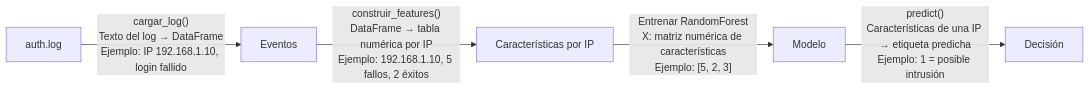
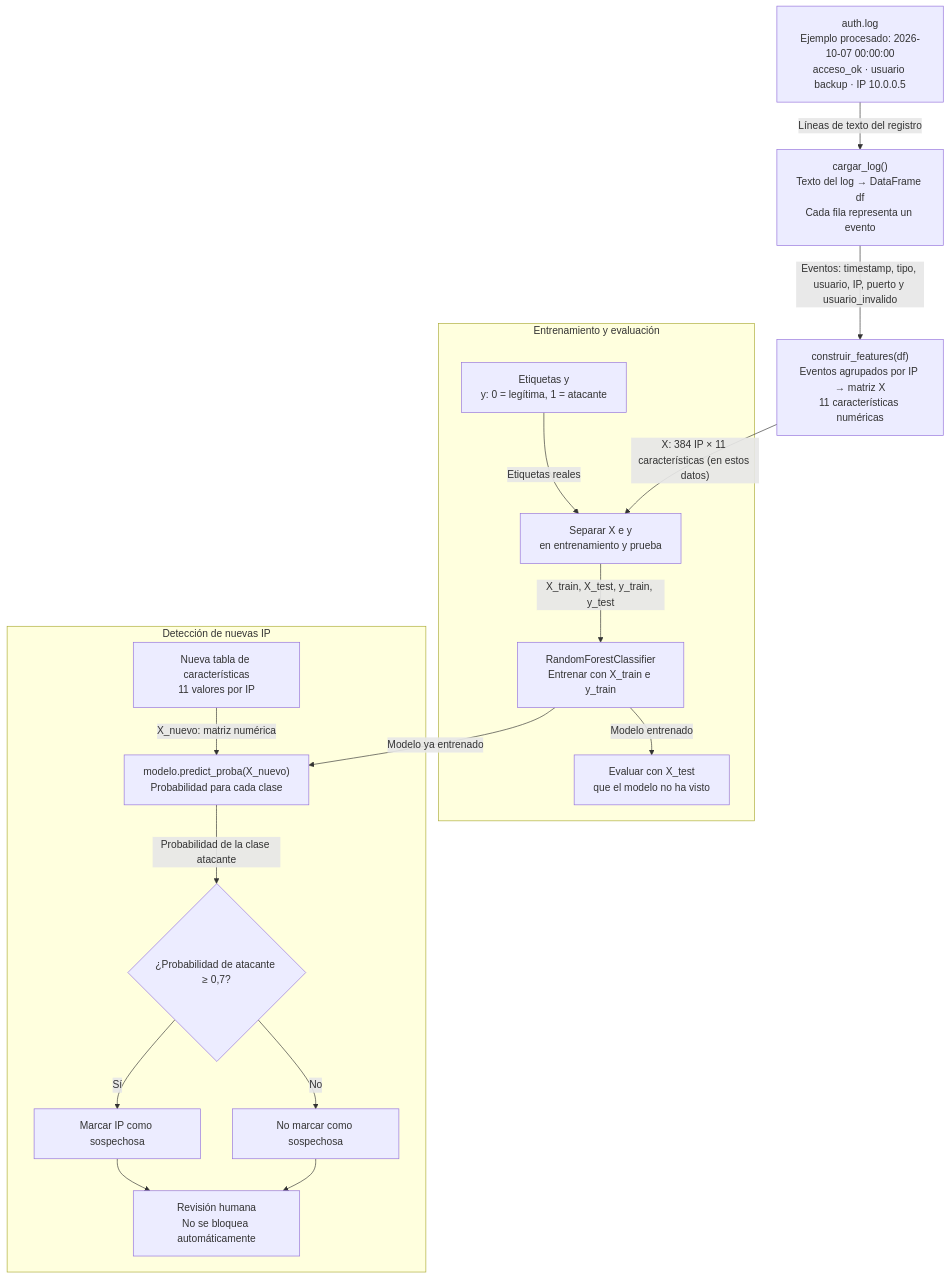
One commit to DannSchwab/ProyectosPython changed the diagram in Proyecto2/docs/diagrama_flujo.md. Above: the diagram before and after it, drawn with Mermaid. The commit also changed other lines of this file, not shown here.

Commit message:
Actualizar diagrama de flujo del sistema

````diff
--- a/Proyecto2/docs/diagrama_flujo.md
+++ b/Proyecto2/docs/diagrama_flujo.md
@@ -10,10 +7,35 @@
 ```mermaid
-flowchart LR
-    A["auth.log"] -->|"cargar_log()<br/>Texto del log → DataFrame<br/>Ejemplo: IP 192.168.1.10, login fallido"| B["Eventos"]
+flowchart TD
+    A["auth.log<br/>Ejemplo procesado: 2026-10-07 00:00:00<br/>acceso_ok · usuario backup · IP 10.0.0.5"]
+    B["cargar_log()<br/>Texto del log → DataFrame df<br/>Cada fila representa un evento"]
+    C["construir_features(df)<br/>Eventos agrupados por IP → matriz X<br/>11 características numéricas"]
+    A -->|"Líneas de texto del registro"| B
+    B -->|"Eventos: timestamp, tipo, usuario, IP, puerto y usuario_invalido"| C
 
-    B -->|"construir_features()<br/>DataFrame → tabla numérica por IP<br/>Ejemplo: 192.168.1.10, 5 fallos, 2 éxitos"| C["Características por IP"]
+    subgraph ENTRENAMIENTO["Entrenamiento y evaluación"]
+      D["Etiquetas y<br/>y: 0 = legítima, 1 = atacante"]
+      E["Separar X e y<br/>en entrenamiento y prueba"]
+      F["RandomForestClassifier<br/>Entrenar con X_train e y_train"]
+      G["Evaluar con X_test<br/>que el modelo no ha visto"]
+      E -->|"X_train, X_test, y_train, y_test"| F
+      D -->|"Etiquetas reales"| E
+      F -->|"Modelo entrenado"| G
+    end
+    C -->|"X: 384 IP × 11 características (en estos datos)"| E
 
-    C -->|"Entrenar RandomForest<br/>X: matriz numérica de características<br/>Ejemplo: [5, 2, 3]"| D["Modelo"]
-
-    D -->|"predict()<br/>Características de una IP → etiqueta predicha<br/>Ejemplo: 1 = posible intrusión"| E["Decisión"]
+    subgraph DETECCION["Detección de nuevas IP"]
+      H["Nueva tabla de características<br/>11 valores por IP"]
+      I["modelo.predict_proba(X_nuevo)<br/>Probabilidad para cada clase"]
+      J{"¿Probabilidad de atacante ≥ 0,7?"}
+      K["Marcar IP como sospechosa"]
+      L["No marcar como sospechosa"]
+      M["Revisión humana<br/>No se bloquea automáticamente"]
+      H -->|"X_nuevo: matriz numérica"| I
+      I -->|"Probabilidad de la clase atacante"| J
+      J -->|"Sí"| K
+      J -->|"No"| L
+      K --> M
+      L --> M
+    end
+    F -->|"Modelo ya entrenado"| I
 ```
````
